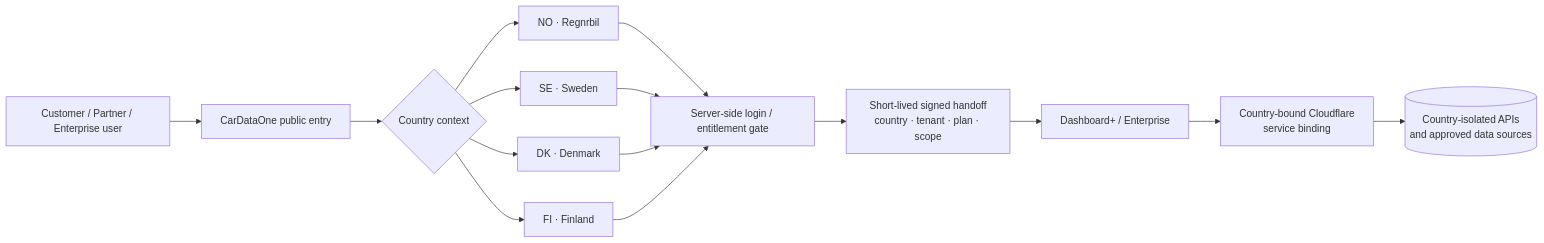
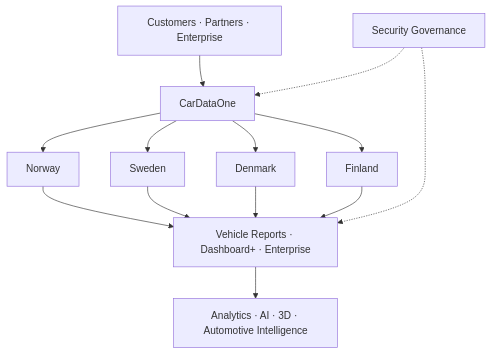
The diagram in README.md (regnrbil/regnrbil), drawn with Mermaid before and after one commit. The commit also changed other lines of this file, not shown here.

Commit message:
docs: public-safe profile overview and websites V1.3.0

````diff
--- a/README.md
+++ b/README.md
@@ -59,28 +31,25 @@
-~~~mermaid
-flowchart LR
-    USER[Customer / Partner / Enterprise user]
-    ENTRY[CarDataOne public entry]
-    COUNTRY{Country context}
-    NO[NO · Regnrbil]
-    SE[SE · Sweden]
-    DK[DK · Denmark]
-    FI[FI · Finland]
-    GATE[Server-side login / entitlement gate]
-    HANDOFF[Short-lived signed handoff<br/>country · tenant · plan · scope]
-    DASH[Dashboard+ / Enterprise]
-    BIND[Country-bound Cloudflare<br/>service binding]
-    DATA[(Country-isolated APIs<br/>and approved data sources)]
+```mermaid
+flowchart TB
+    U[Customers · Partners · Enterprise]
+    C[CarDataOne]
+    N[Norway]
+    S[Sweden]
+    D[Denmark]
+    F[Finland]
+    P[Vehicle Reports · Dashboard+ · Enterprise]
+    A[Analytics · AI · 3D · Automotive Intelligence]
+    G[Security Governance]
 
-    USER --> ENTRY --> COUNTRY
-    COUNTRY --> NO
-    COUNTRY --> SE
-    COUNTRY --> DK
-    COUNTRY --> FI
-
-    NO --> GATE
-    SE --> GATE
-    DK --> GATE
-    FI --> GATE
-
-    GATE --> HANDOFF --> DASH --> BIND --> DATA
-~~~
+    U --> C
+    C --> N
+    C --> S
+    C --> D
+    C --> F
+    N --> P
+    S --> P
+    D --> P
+    F --> P
+    P --> A
+    G -.-> C
+    G -.-> P
+```
````
